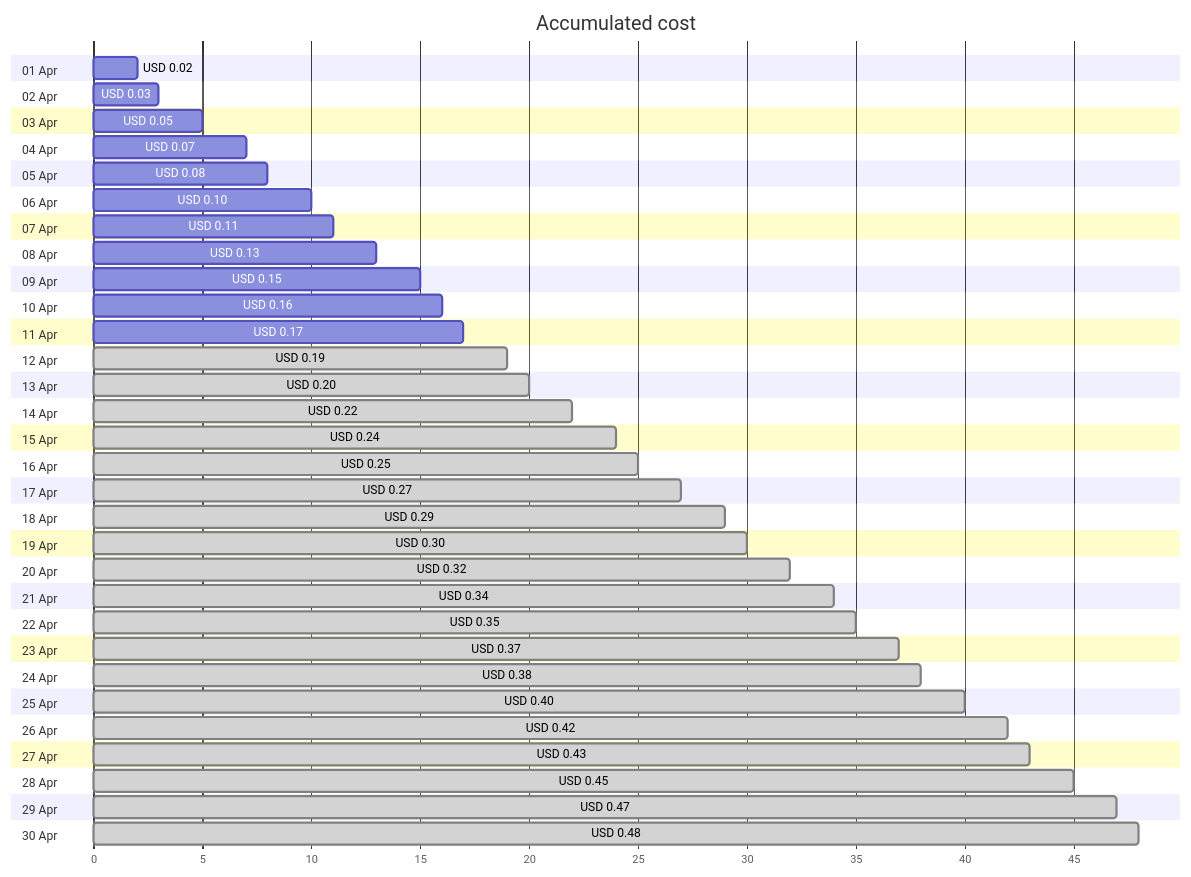
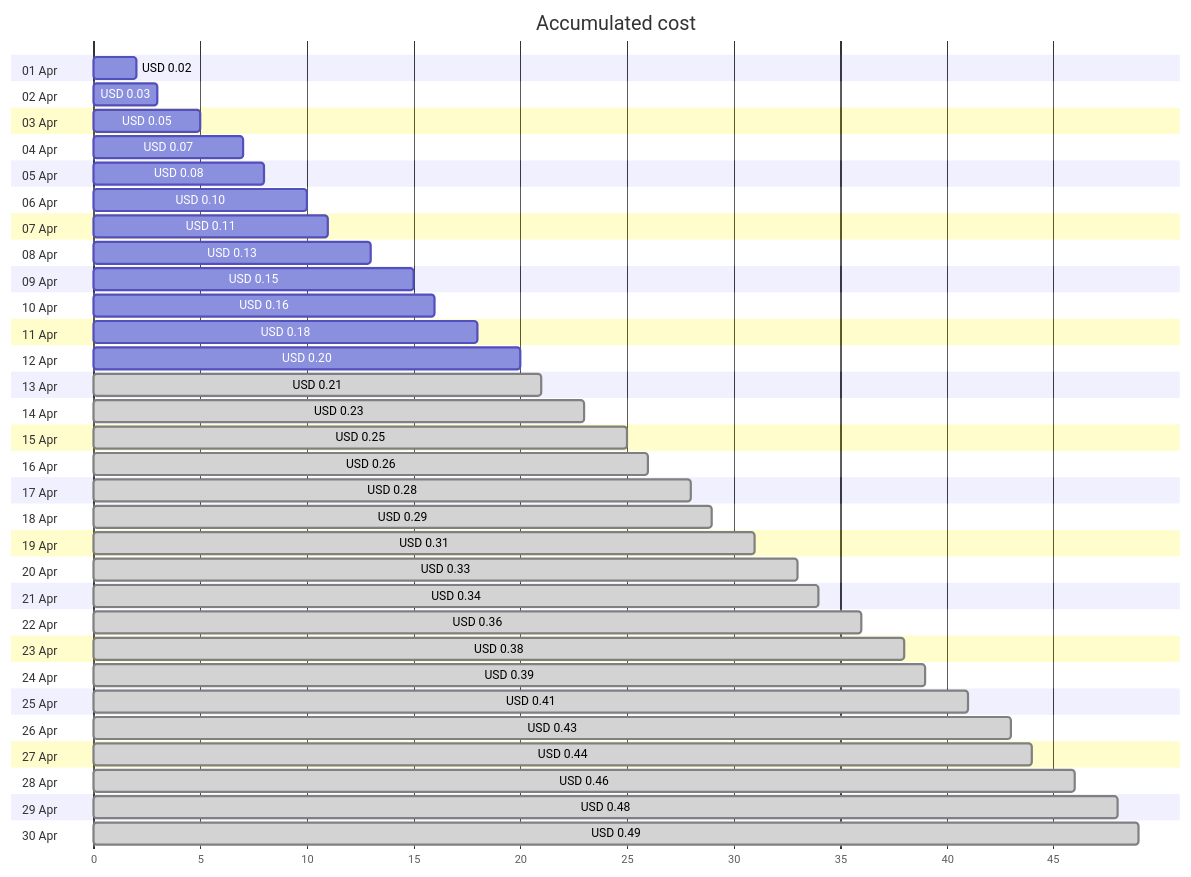
Before and after one commit to jpfulton/azure-personal-reports: the first of 4 diagrams in cost-reports/personal-dns/jpatrickfulton.com.md, drawn with Mermaid. The commit also changed other lines of this file and 2 other files, not shown here.

Commit message:
Generated reports [skip ci]

````diff
--- a/cost-reports/personal-dns/jpatrickfulton.com.md
+++ b/cost-reports/personal-dns/jpatrickfulton.com.md
@@ -20,66 +20,66 @@
 ```mermaid
 gantt
    title Accumulated cost
    dateFormat  X
    axisFormat %s
    section 01 Apr
    USD 0.02 :0, 2
    section 02 Apr
    USD 0.03 :0, 3
    section 03 Apr
    USD 0.05 :0, 5
    section 04 Apr
    USD 0.07 :0, 7
    section 05 Apr
    USD 0.08 :0, 8
    section 06 Apr
    USD 0.10 :0, 10
    section 07 Apr
    USD 0.11 :0, 11
    section 08 Apr
    USD 0.13 :0, 13
    section 09 Apr
    USD 0.15 :0, 15
    section 10 Apr
    USD 0.16 :0, 16
    section 11 Apr
-   USD 0.17 :0, 17
+   USD 0.18 :0, 18
    section 12 Apr
-   USD 0.19 : done, 0, 19
+   USD 0.20 :0, 20
    section 13 Apr
-   USD 0.20 : done, 0, 20
+   USD 0.21 : done, 0, 21
    section 14 Apr
-   USD 0.22 : done, 0, 22
+   USD 0.23 : done, 0, 23
    section 15 Apr
-   USD 0.24 : done, 0, 24
+   USD 0.25 : done, 0, 25
    section 16 Apr
-   USD 0.25 : done, 0, 25
+   USD 0.26 : done, 0, 26
    section 17 Apr
-   USD 0.27 : done, 0, 27
+   USD 0.28 : done, 0, 28
    section 18 Apr
    USD 0.29 : done, 0, 29
    section 19 Apr
-   USD 0.30 : done, 0, 30
+   USD 0.31 : done, 0, 31
    section 20 Apr
-   USD 0.32 : done, 0, 32
+   USD 0.33 : done, 0, 33
    section 21 Apr
    USD 0.34 : done, 0, 34
    section 22 Apr
-   USD 0.35 : done, 0, 35
+   USD 0.36 : done, 0, 36
    section 23 Apr
-   USD 0.37 : done, 0, 37
+   USD 0.38 : done, 0, 38
    section 24 Apr
-   USD 0.38 : done, 0, 38
+   USD 0.39 : done, 0, 39
    section 25 Apr
-   USD 0.40 : done, 0, 40
+   USD 0.41 : done, 0, 41
    section 26 Apr
-   USD 0.42 : done, 0, 42
+   USD 0.43 : done, 0, 43
    section 27 Apr
-   USD 0.43 : done, 0, 43
+   USD 0.44 : done, 0, 44
    section 28 Apr
-   USD 0.45 : done, 0, 45
+   USD 0.46 : done, 0, 46
    section 29 Apr
-   USD 0.47 : done, 0, 47
+   USD 0.48 : done, 0, 48
    section 30 Apr
-   USD 0.48 : done, 0, 48
+   USD 0.49 : done, 0, 49
 ```
````
